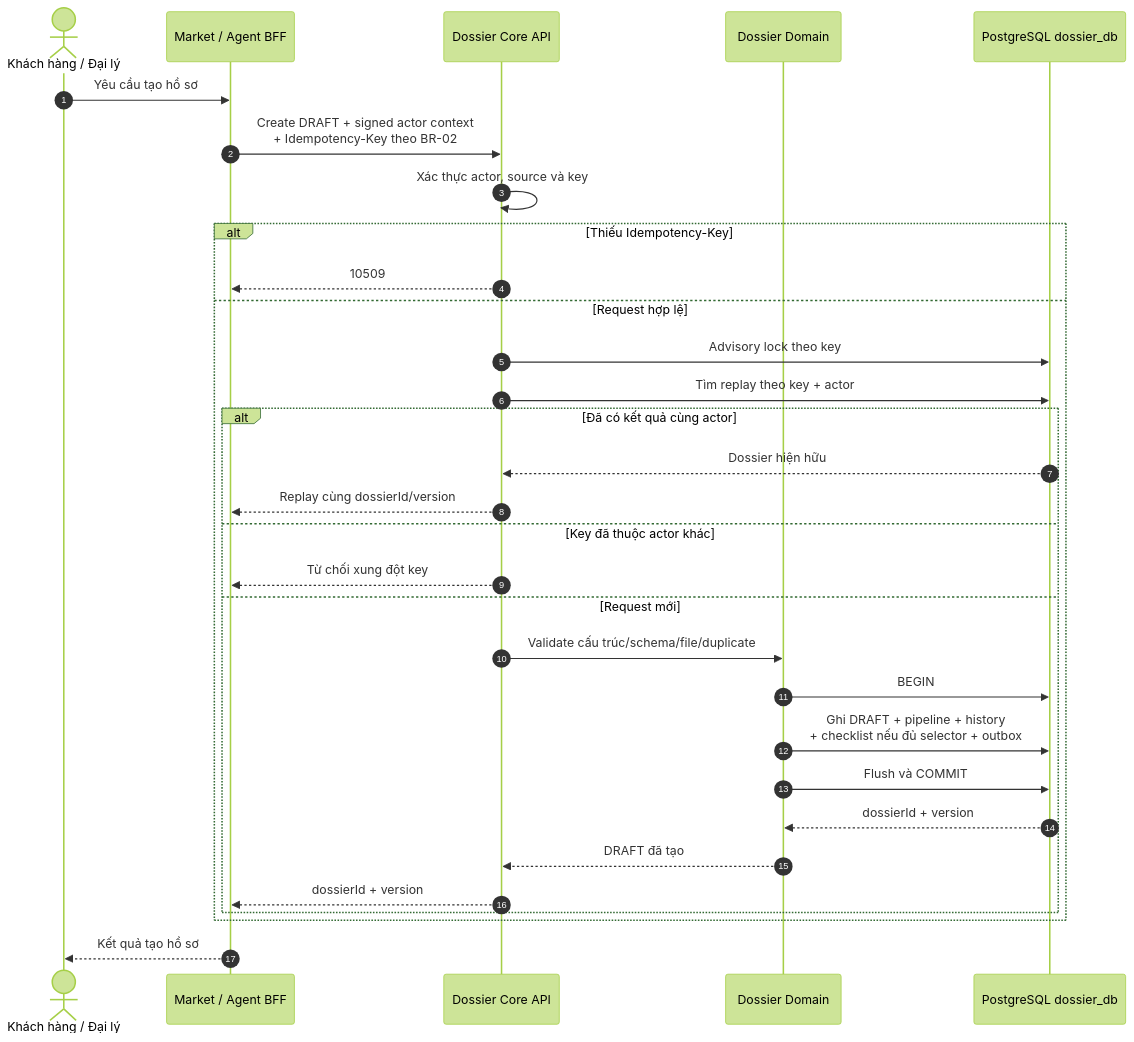
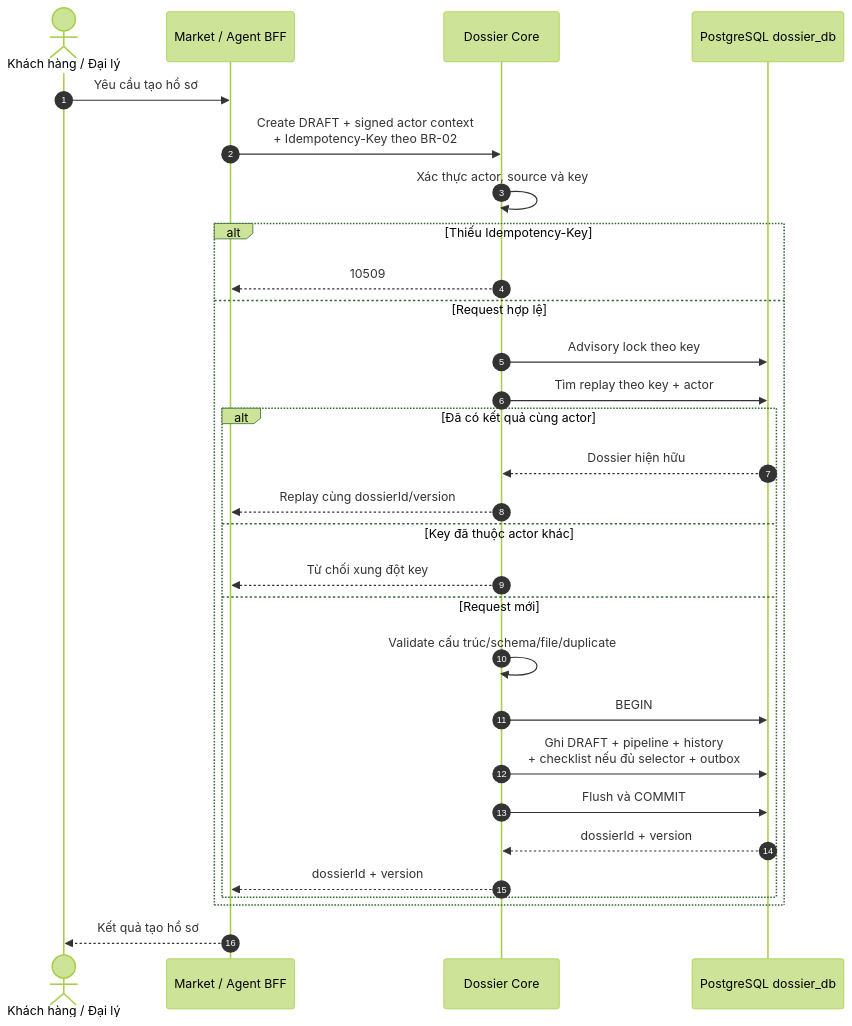
Before and after one commit to huynv-xyz/vhm: the ninth of 16 diagrams in tdd-dossier.md, drawn with Mermaid (forest theme). The commit also changed other lines of this file, not shown here.

````diff
--- a/tdd-dossier.md
+++ b/tdd-dossier.md
@@ -1184,34 +1184,32 @@
 ```mermaid
 sequenceDiagram
     autonumber
     actor User as Khách hàng / Đại lý
     participant BFF as Market / Agent BFF
-    participant API as Dossier Core API
-    participant Domain as Dossier Domain
+    participant Core as Dossier Core
     participant DB as PostgreSQL dossier_db
 
     User->>BFF: Yêu cầu tạo hồ sơ
-    BFF->>API: Create DRAFT + signed actor context<br/>+ Idempotency-Key theo BR-02
-    API->>API: Xác thực actor, source và key
+    BFF->>Core: Create DRAFT + signed actor context<br/>+ Idempotency-Key theo BR-02
+    Core->>Core: Xác thực actor, source và key
     alt Thiếu Idempotency-Key
-        API-->>BFF: 10509
+        Core-->>BFF: 10509
     else Request hợp lệ
-        API->>DB: Advisory lock theo key
-        API->>DB: Tìm replay theo key + actor
+        Core->>DB: Advisory lock theo key
+        Core->>DB: Tìm replay theo key + actor
         alt Đã có kết quả cùng actor
-            DB-->>API: Dossier hiện hữu
-            API-->>BFF: Replay cùng dossierId/version
+            DB-->>Core: Dossier hiện hữu
+            Core-->>BFF: Replay cùng dossierId/version
         else Key đã thuộc actor khác
-            API-->>BFF: Từ chối xung đột key
+            Core-->>BFF: Từ chối xung đột key
         else Request mới
-            API->>Domain: Validate cấu trúc/schema/file/duplicate
-            Domain->>DB: BEGIN
-            Domain->>DB: Ghi DRAFT + pipeline + history<br/>+ checklist nếu đủ selector + outbox
-            Domain->>DB: Flush và COMMIT
-            DB-->>Domain: dossierId + version
-            Domain-->>API: DRAFT đã tạo
-            API-->>BFF: dossierId + version
+            Core->>Core: Validate cấu trúc/schema/file/duplicate
+            Core->>DB: BEGIN
+            Core->>DB: Ghi DRAFT + pipeline + history<br/>+ checklist nếu đủ selector + outbox
+            Core->>DB: Flush và COMMIT
+            DB-->>Core: dossierId + version
+            Core-->>BFF: dossierId + version
         end
     end
     BFF-->>User: Kết quả tạo hồ sơ
 ```
````
